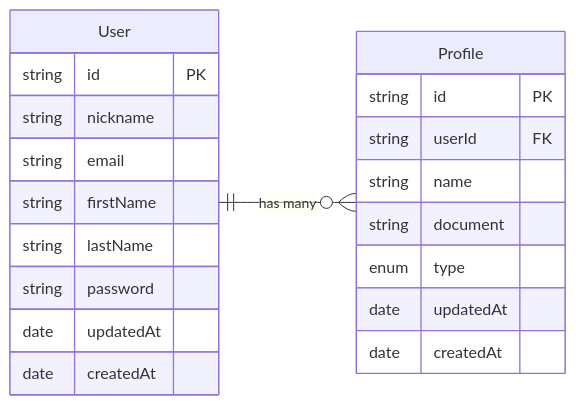
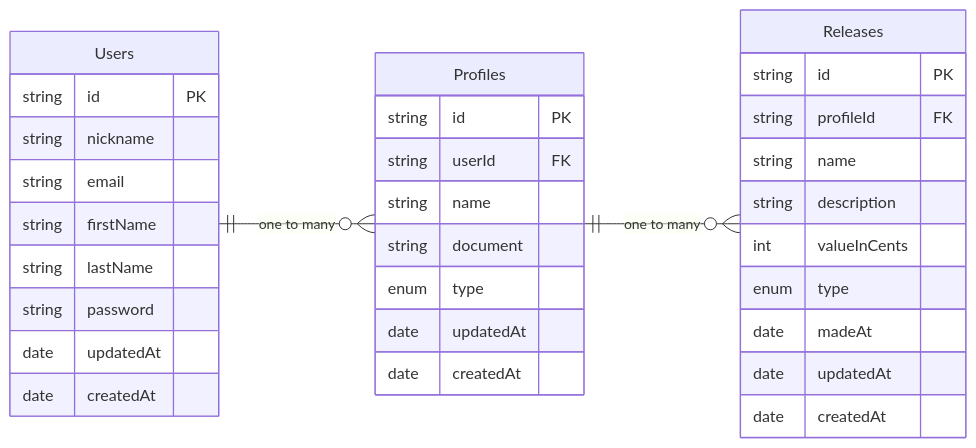
Before and after one commit to zyxsz/myfinances: the diagram in README.md, drawn with Mermaid. The commit also changed other lines of this file, not shown here.

````diff
--- a/README.md
+++ b/README.md
@@ -92,24 +92,39 @@
 ```mermaid
 erDiagram
     direction LR
-    User {
+    Users {
         string id PK
         string nickname
         string email
         string firstName
         string lastName
         string password
         date updatedAt
         date createdAt
     }
-    Profile {
+    Profiles {
         string id PK
         string userId FK
         string name
         string document
         enum type
         date updatedAt
         date createdAt
     }
-    User ||--o{ Profile : "has many"
+    Users ||--o{ Profiles : "one to many"
+    Releases {
+        string id PK
+        string profileId FK
+
+        string name
+        string description
+        int valueInCents
+
+        enum type
+        date madeAt
+
+        date updatedAt
+        date createdAt
+    }
+    Profiles ||--o{ Releases : "one to many"
 ```
````
